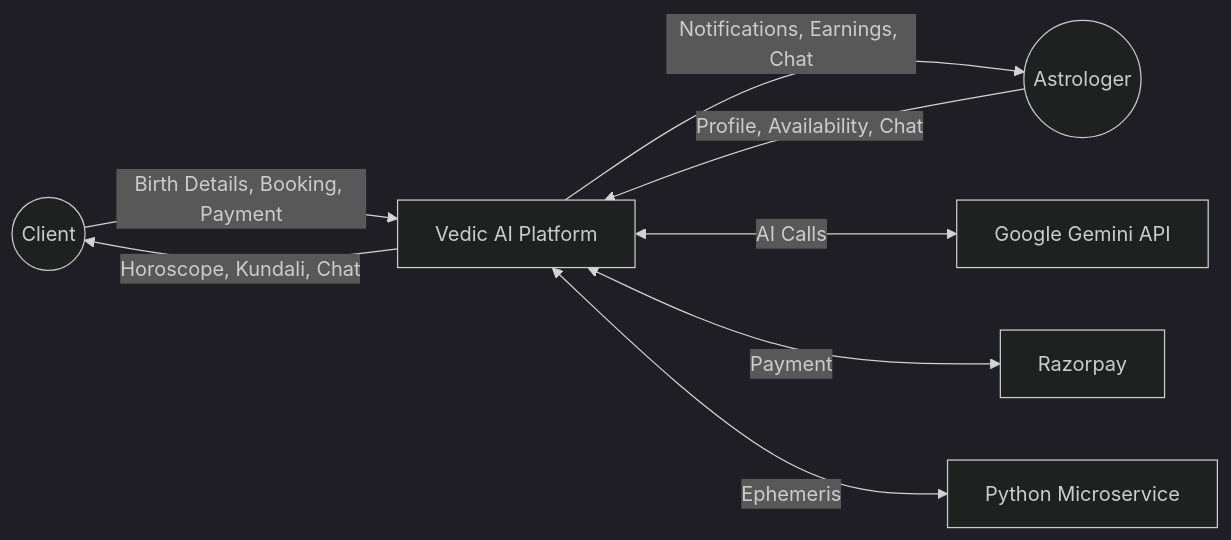
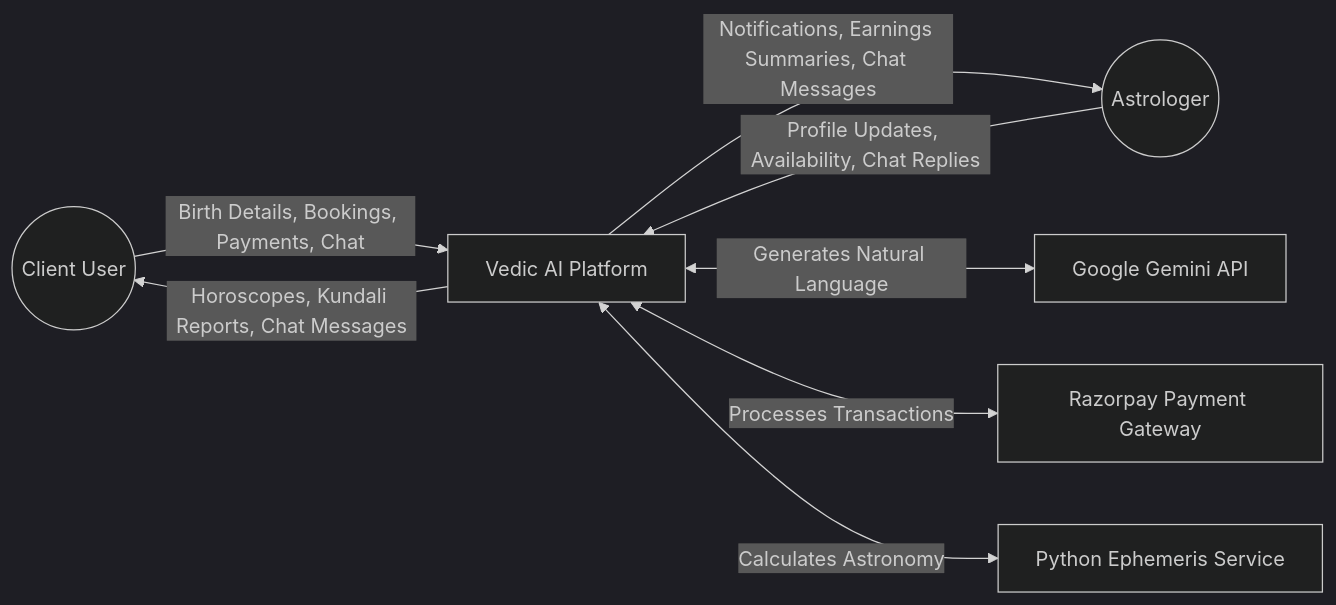
Before and after one commit to KISHOR403/ASTROTALK: the fourth of 7 diagrams in docs/Capstone_Project_Report.md, drawn with Mermaid (dark theme). The commit also changed other lines of this file, not shown here.

Commit message:
Update Capstone Report: Add academic tone, Tech Stack architecture diagram, and Conclusion

````diff
--- a/docs/Capstone_Project_Report.md
+++ b/docs/Capstone_Project_Report.md
@@ -268,10 +338,10 @@
 ```mermaid
 graph LR
-    C((Client)) -->|"Birth Details, Booking, Payment"| S[Vedic AI Platform]
-    A((Astrologer)) -->|"Profile, Availability, Chat"| S
-    S -->|"Horoscope, Kundali, Chat"| C
-    S -->|"Notifications, Earnings, Chat"| A
-    S <-->|"AI Calls"| G[Google Gemini API]
-    S <-->|"Payment"| R[Razorpay]
-    S <-->|"Ephemeris"| P[Python Microservice]
+    C((Client User)) -->|"Birth Details, Bookings, Payments, Chat"| S[Vedic AI Platform]
+    A((Astrologer)) -->|"Profile Updates, Availability, Chat Replies"| S
+    S -->|"Horoscopes, Kundali Reports, Chat Messages"| C
+    S -->|"Notifications, Earnings Summaries, Chat Messages"| A
+    S <-->|"Generates Natural Language"| G[Google Gemini API]
+    S <-->|"Processes Transactions"| R[Razorpay Payment Gateway]
+    S <-->|"Calculates Astronomy"| P[Python Ephemeris Service]
 ```
````
